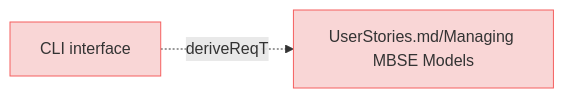
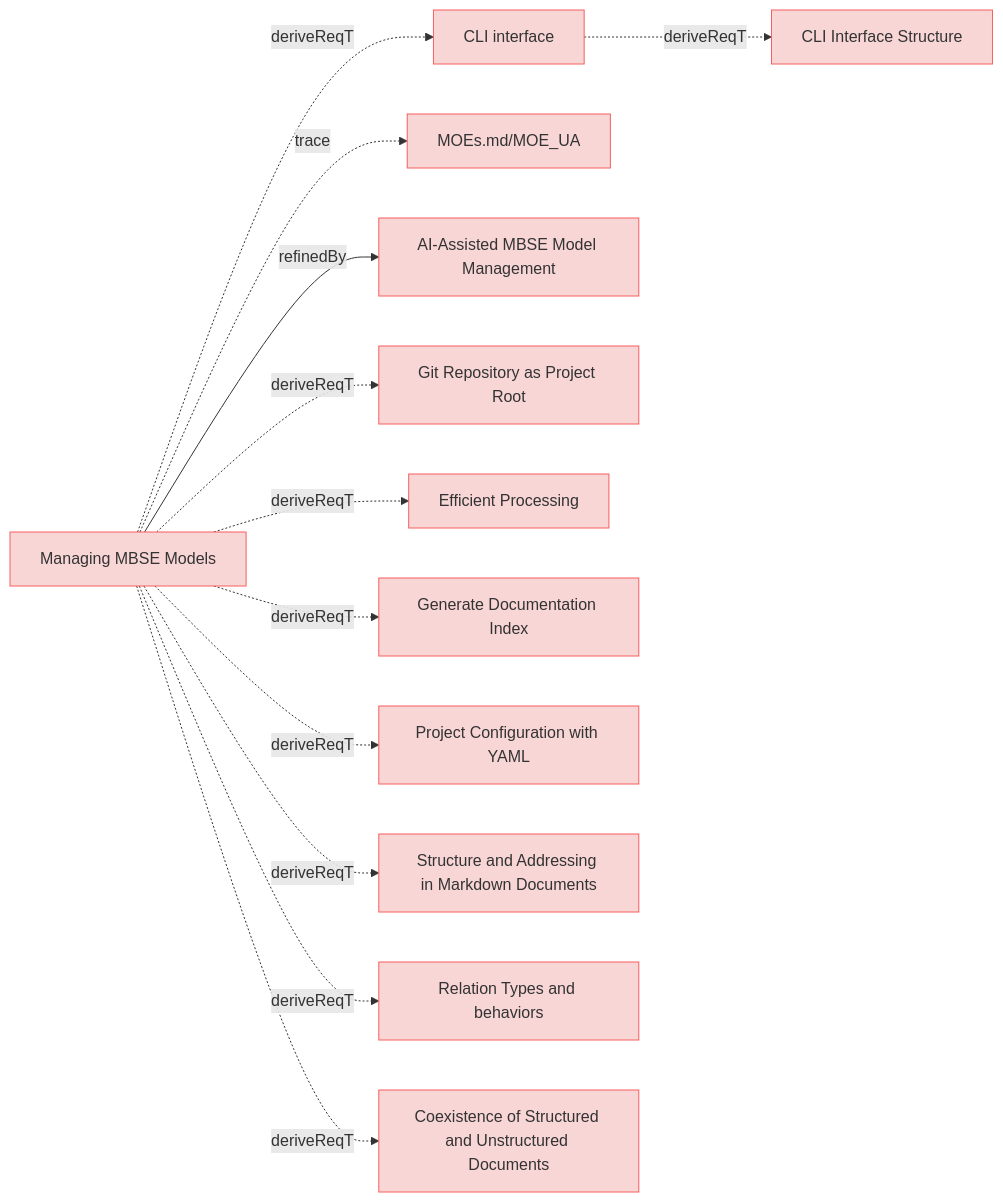
One commit to reqvire-org/reqvire changed the ninth of 9 diagrams in specifications/UserRequirements.md. Above: the diagram before and after it, drawn with Mermaid. The commit also changed other lines of this file and 27 other files, not shown here.

Commit message:
Diagrams update.X

````diff
--- a/specifications/UserRequirements.md
+++ b/specifications/UserRequirements.md
@@ -568,16 +808,56 @@
 ```mermaid
 graph LR;
   %% Graph styling
   classDef requirement fill:#f9d6d6,stroke:#f55f5f,stroke-width:1px;
   classDef verification fill:#d6f9d6,stroke:#5fd75f,stroke-width:1px;
   classDef externalLink fill:#d0e0ff,stroke:#3080ff,stroke-width:1px;
   classDef default fill:#f5f5f5,stroke:#333333,stroke-width:1px;
 
   f28849d46c19af44["CLI interface"];
   class f28849d46c19af44 requirement;
   click f28849d46c19af44 "UserRequirements.md#cli-interface";
-  e61b7c1baa89bfc6["UserStories.md/Managing MBSE Models"];
+  8f22faacdb454b23["CLI Interface Structure"];
+  class 8f22faacdb454b23 requirement;
+  click 8f22faacdb454b23 "SystemRequirements/Requirements.md#cli-interface-structure";
+  f28849d46c19af44 -.->|deriveReqT| 8f22faacdb454b23;
+  e61b7c1baa89bfc6["Managing MBSE Models"];
   class e61b7c1baa89bfc6 requirement;
   click e61b7c1baa89bfc6 "UserStories.md#managing-mbse-models";
-  f28849d46c19af44 -.->|deriveReqT| e61b7c1baa89bfc6;
+  2c5f30f14e792200["MOEs.md/MOE_UA"];
+  class 2c5f30f14e792200 requirement;
+  click 2c5f30f14e792200 "MOEs.md#moe_ua";
+  e61b7c1baa89bfc6 -.->|trace| 2c5f30f14e792200;
+  cd2d5dab49985ca2["AI-Assisted MBSE Model Management"];
+  class cd2d5dab49985ca2 requirement;
+  click cd2d5dab49985ca2 "UserStories.md#ai-assisted-mbse-model-management";
+  e61b7c1baa89bfc6 -->|refinedBy| cd2d5dab49985ca2;
+  e61b7c1baa89bfc6 -.->|deriveReqT| f28849d46c19af44;
+  649d72765b13e14f["Git Repository as Project Root"];
+  class 649d72765b13e14f requirement;
+  click 649d72765b13e14f "ManagingMbseModelsRequirements.md#git-repository-as-project-root";
+  e61b7c1baa89bfc6 -.->|deriveReqT| 649d72765b13e14f;
+  d193d11c43776bec["Efficient Processing"];
+  class d193d11c43776bec requirement;
+  click d193d11c43776bec "ManagingMbseModelsRequirements.md#efficient-processing";
+  e61b7c1baa89bfc6 -.->|deriveReqT| d193d11c43776bec;
+  c2b6c74b77726ad9["Generate Documentation Index"];
+  class c2b6c74b77726ad9 requirement;
+  click c2b6c74b77726ad9 "UserRequirements.md#generate-documentation-index";
+  e61b7c1baa89bfc6 -.->|deriveReqT| c2b6c74b77726ad9;
+  16b4b380c917deb1["Project Configuration with YAML"];
+  class 16b4b380c917deb1 requirement;
+  click 16b4b380c917deb1 "ManagingMbseModelsRequirements.md#project-configuration-with-yaml";
+  e61b7c1baa89bfc6 -.->|deriveReqT| 16b4b380c917deb1;
+  ade67c27bc5d3bbd["Structure and Addressing in Markdown Documents"];
+  class ade67c27bc5d3bbd requirement;
+  click ade67c27bc5d3bbd "SpecificationsRequirements.md#structure-and-addressing-in-markdown-documents";
+  e61b7c1baa89bfc6 -.->|deriveReqT| ade67c27bc5d3bbd;
+  551906d5c51d91d9["Relation Types and behaviors"];
+  class 551906d5c51d91d9 requirement;
+  click 551906d5c51d91d9 "SpecificationsRequirements.md#relation-types-and-behaviors";
+  e61b7c1baa89bfc6 -.->|deriveReqT| 551906d5c51d91d9;
+  f0d721424636370e["Coexistence of Structured and Unstructured Documents"];
+  class f0d721424636370e requirement;
+  click f0d721424636370e "ManagingMbseModelsRequirements.md#coexistence-of-structured-and-unstructured-documents";
+  e61b7c1baa89bfc6 -.->|deriveReqT| f0d721424636370e;
 ```
````
